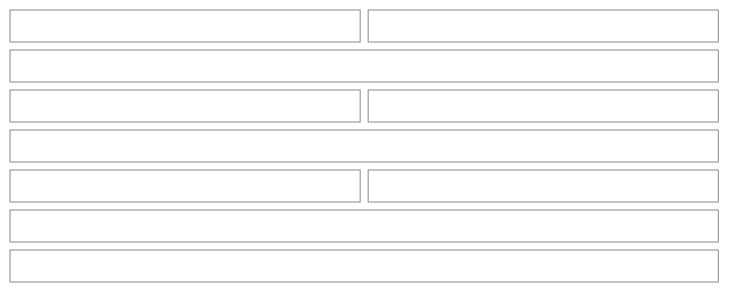
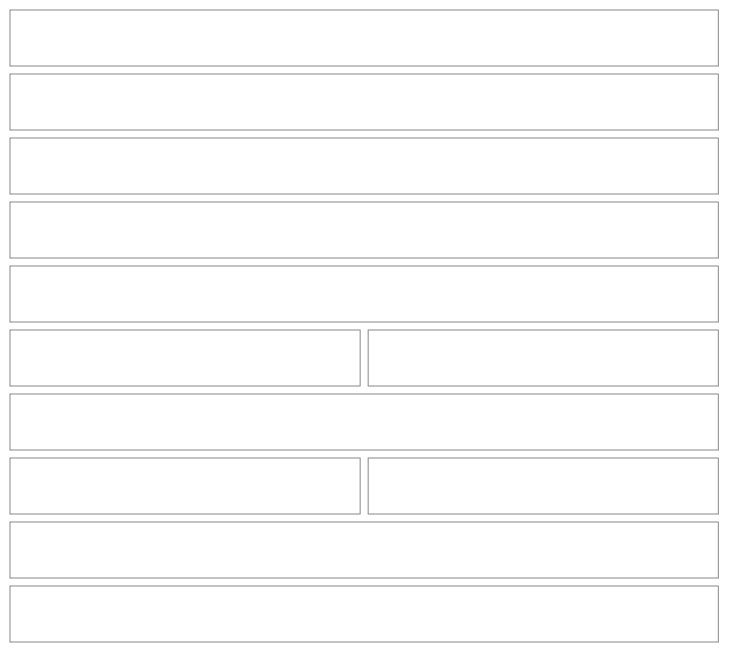
The eighth of 57 diagrams in src/apps/pinch/UX.md (NovaMoonX/moondreams-dev-apps), drawn with Mermaid before and after one commit. The commit also changed other lines of this file and 123 other files, not shown here.

````diff
--- a/src/apps/pinch/UX.md
+++ b/src/apps/pinch/UX.md
@@ -288,25 +324,29 @@
 ```mermaid
 %%{init: {'theme': 'base', 'themeVariables': {'primaryColor': 'transparent', 'primaryBorderColor': '#888888', 'primaryTextColor': '#333333', 'lineColor': '#888888'}}}%%
 block-beta
   columns 2
-  D1["Tue, Oct 13"]:1
-  D2["$10.30 so far"]:1
+  D1["Tue, Oct 13"]:2
+  D2["$10.30 ⚠<br/>Total so far"]:2
+  D2n["That day<br/>🔥 1850 · 💪 92g"]:2
+  D2b["Stats for this day · Cost averages ›"]:2
   D3["🍳 Breakfast"]:2
   D4["Oats with berries · 1 serving"]:1
   D5["$1.20 ›"]:1
   D6["🍝 Dinner"]:2
   D7["Taco night · Adobo chicken, Cilantro lime rice"]:1
   D8["$9.10+ ›"]:1
   D9["Add to shopping list · 3 of 13 already on your list"]:2
   D11["Plan on this day"]:2
   style D1 fill:transparent,stroke:#888888,stroke-width:1px;
   style D2 fill:transparent,stroke:#888888,stroke-width:1px;
+  style D2n fill:transparent,stroke:#888888,stroke-width:1px;
+  style D2b fill:transparent,stroke:#888888,stroke-width:1px;
   style D3 fill:transparent,stroke:#888888,stroke-width:1px;
   style D4 fill:transparent,stroke:#888888,stroke-width:1px;
   style D5 fill:transparent,stroke:#888888,stroke-width:1px;
   style D6 fill:transparent,stroke:#888888,stroke-width:1px;
   style D7 fill:transparent,stroke:#888888,stroke-width:1px;
   style D8 fill:transparent,stroke:#888888,stroke-width:1px;
   style D9 fill:transparent,stroke:#888888,stroke-width:1px;
   style D11 fill:transparent,stroke:#888888,stroke-width:1px;
 ```
````
